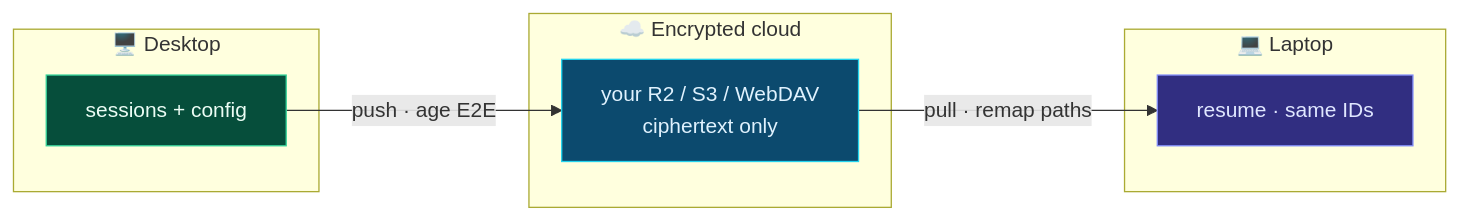
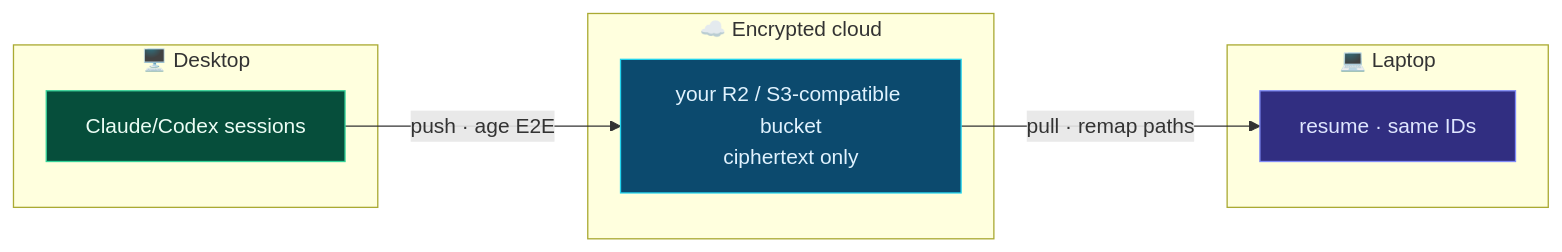
One commit to HarjjotSinghh/reinstate changed the second of 3 diagrams in README.md. Above: the diagram before and after it, drawn with Mermaid. The commit also changed other lines of this file and 101 other files, not shown here.

````diff
--- a/README.md
+++ b/README.md
@@ -72,17 +72,17 @@
 ```mermaid
 flowchart LR
   subgraph Desktop["🖥️ Desktop"]
-    A["sessions + config"]
+    A["Claude/Codex sessions"]
   end
   subgraph Cloud["☁️ Encrypted cloud"]
-    B["your R2 / S3 / WebDAV<br/>ciphertext only"]
+    B["your R2 / S3-compatible bucket<br/>ciphertext only"]
   end
   subgraph Laptop["💻 Laptop"]
     C["resume · same IDs"]
   end
   A -->|push · age E2E| B
   B -->|pull · remap paths| C
   style A fill:#064e3b,stroke:#34d399,color:#ecfdf5
   style B fill:#0c4a6e,stroke:#22d3ee,color:#e0f2fe
   style C fill:#312e81,stroke:#818cf8,color:#e0e7ff
 ```
````
